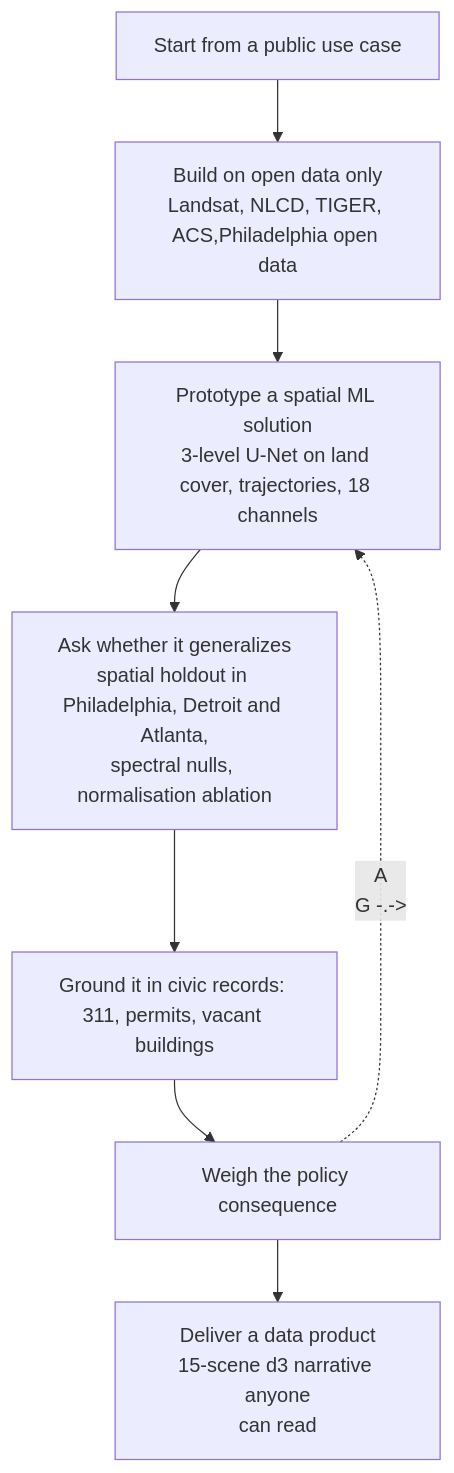
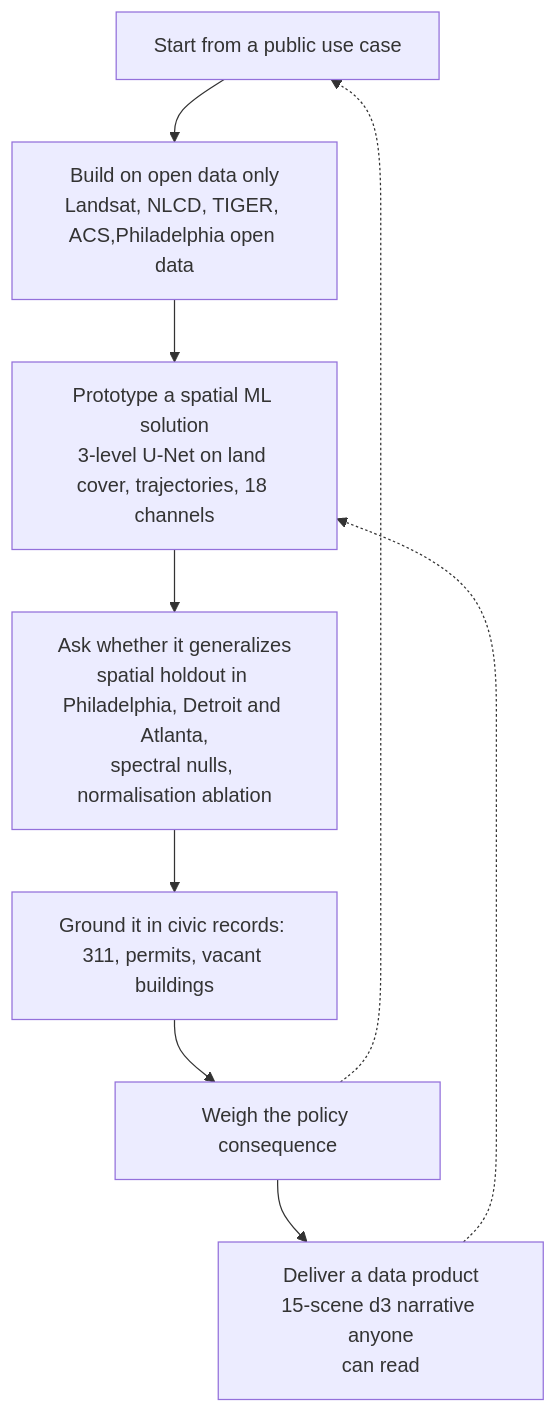
The diagram in README.md (cyber-hbliu/musa650-finalproject), drawn with Mermaid before and after one commit.

Commit message:
Revise diagram connections in README
Updated diagram connections in README.md to improve clarity.

````diff
--- a/README.md
+++ b/README.md
@@ -19,13 +19,13 @@
 ```mermaid
 flowchart TD
     A["Start from a public use case"]
     B["Build on open data only<br/>Landsat, NLCD, TIGER, ACS,Philadelphia open data"]
     C["Prototype a spatial ML solution<br/>3-level U-Net on land cover, trajectories, 18 channels"]
     D["Ask whether it generalizes<br/>spatial holdout in Philadelphia, Detroit and Atlanta,<br/>spectral nulls, normalisation ablation"]
     E["Ground it in civic records: 311, permits, vacant buildings"]
     F["Weigh the policy consequence"]
     G["Deliver a data product<br/>15-scene d3 narrative anyone<br/>can read"]
     A --> B --> C --> D --> E --> F --> G
-    F -.->| A
-    G -.->| C
+    F -.->| | A
+    G -.->| | C
 ```
````
